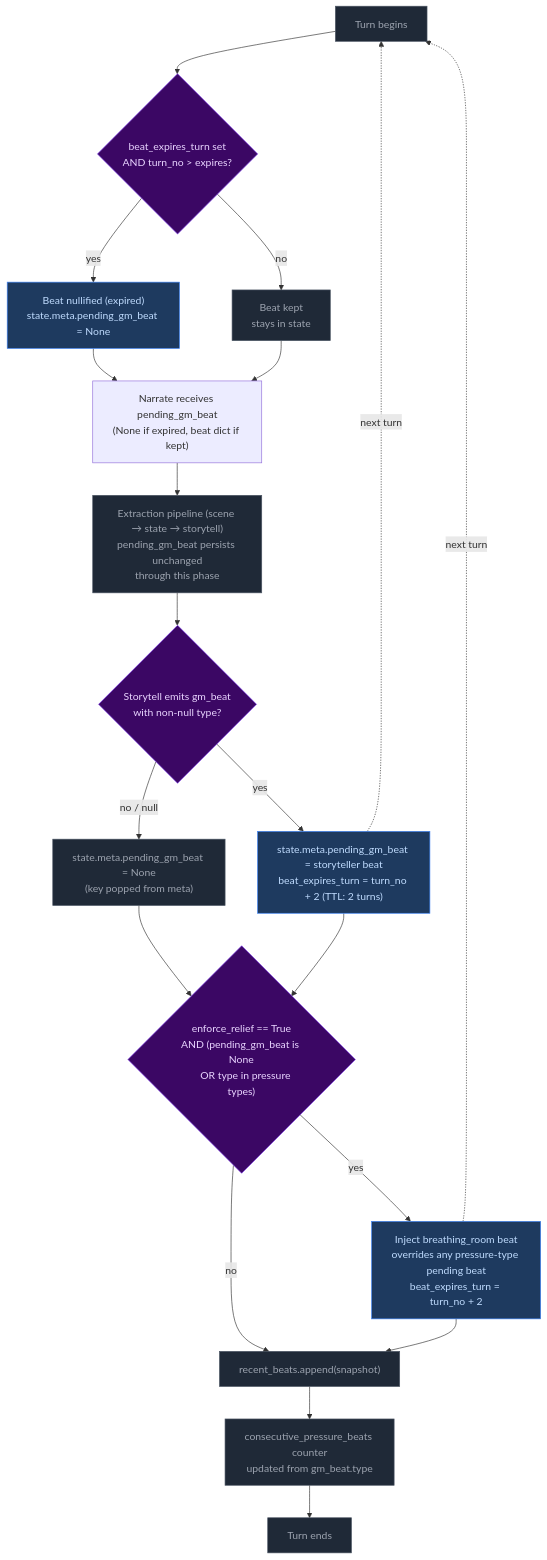
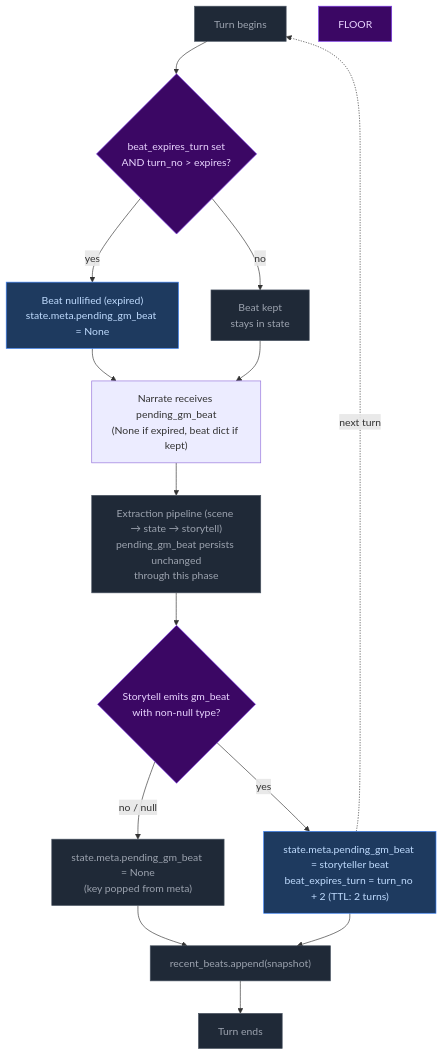
The second of 4 diagrams in docs/architecture/step2c-storytell.md (pww217/fablethread), drawn with Mermaid before and after one commit. The commit also changed other lines of this file and 6 other files, not shown here.

````diff
--- a/docs/architecture/step2c-storytell.md
+++ b/docs/architecture/step2c-storytell.md
@@ -78,37 +78,30 @@
 ```mermaid
 flowchart TD
     classDef pyNode fill:#1f2937,color:#9ca3af,stroke:#4b5563
     classDef decision fill:#3b0764,color:#e9d5ff,stroke:#7c3aed
     classDef output fill:#1e3a5f,color:#bfdbfe,stroke:#3b82f6
 
     START["Turn begins"]:::pyNode --> EXPIRY{"beat_expires_turn set<br>AND turn_no > expires?"}:::decision
     EXPIRY -- yes --> NULLIFIED["Beat nullified (expired)<br>state.meta.pending_gm_beat = None"]:::output
     EXPIRY -- no --> KEEPBEAT["Beat kept<br>stays in state"]:::pyNode
 
     NULLIFIED --> NARRATE["Narrate receives pending_gm_beat<br>(None if expired, beat dict if kept)"]
     KEEPBEAT --> NARRATE
 
     NARRATE --> EXTRACTION["Extraction pipeline (scene → state → storytell)<br>pending_gm_beat persists unchanged<br>through this phase"]:::pyNode
 
     EXTRACTION --> STORYLLM{"Storytell emits gm_beat<br>with non-null type?"}:::decision
     STORYLLM -- "yes" --> STORED["state.meta.pending_gm_beat = storyteller beat<br>beat_expires_turn = turn_no + 2 (TTL: 2 turns)"]:::output
 
     STORYLLM -- "no / null" --> POPPED["state.meta.pending_gm_beat = None<br>(key popped from meta)"]:::pyNode
-    POPPED --> FLOOR{"enforce_relief == True<br>AND (pending_gm_beat is None<br>    OR type in pressure types)"}:::decision
-    STORED --> FLOOR
+    POPPED --> APPEND_BEATS["recent_beats.append(snapshot)"]:::pyNode
+    STORED --> APPEND_BEATS
 
-    FLOOR -- yes --> BREATHING["Inject breathing_room beat<br>overrides any pressure-type pending beat<br>beat_expires_turn = turn_no + 2"]:::output
-
-    FLOOR -- no --> APPEND_BEATS["recent_beats.append(snapshot)"]:::pyNode
-    BREATHING --> APPEND_BEATS
-
-    APPEND_BEATS -->     COUNTER["consecutive_pressure_beats counter<br>updated from gm_beat.type"]:::pyNode
-    COUNTER --> DONE["Turn ends"]:::pyNode
+    APPEND_BEATS --> DONE["Turn ends"]:::pyNode
 
     STORED -. "next turn" .-> START
-    BREATHING -. "next turn" .-> START
 
     style EXPIRY fill:#3b0764,color:#e9d5ff,stroke:#7c3aed
     style STORYLLM fill:#3b0764,color:#e9d5ff,stroke:#7c3aed
     style FLOOR fill:#3b0764,color:#e9d5ff,stroke:#7c3aed
 ```
````
